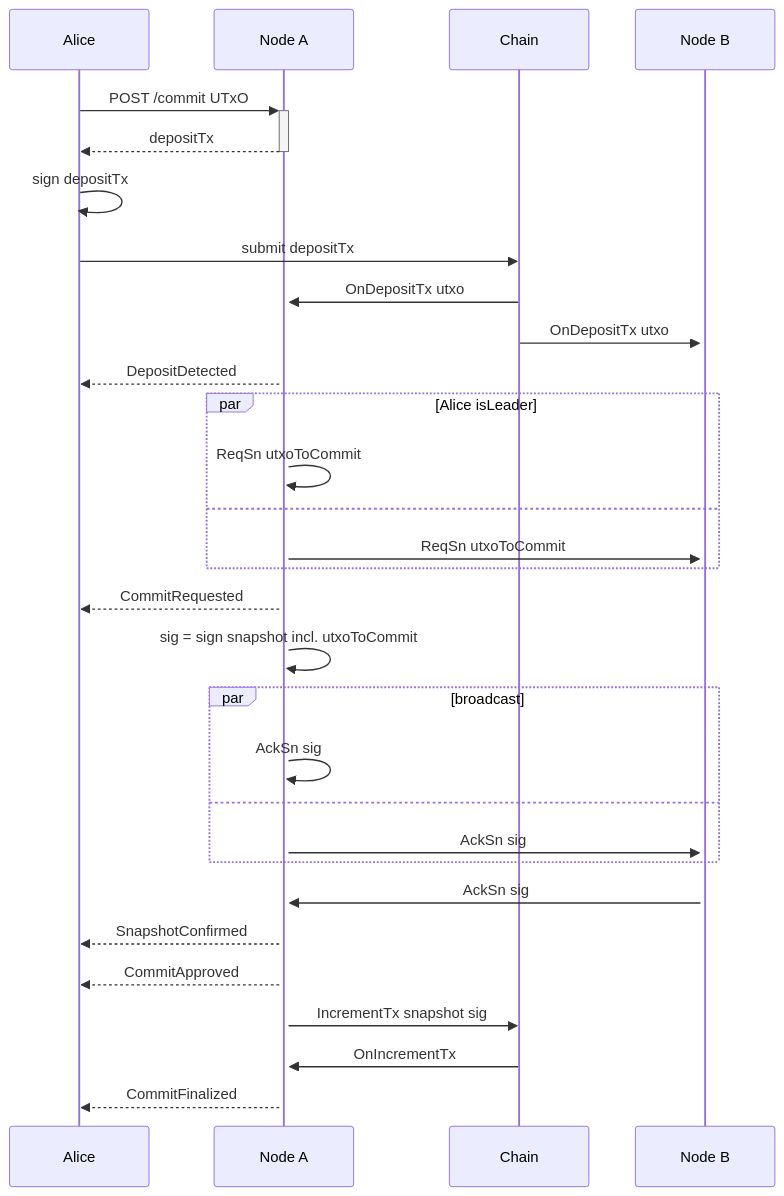
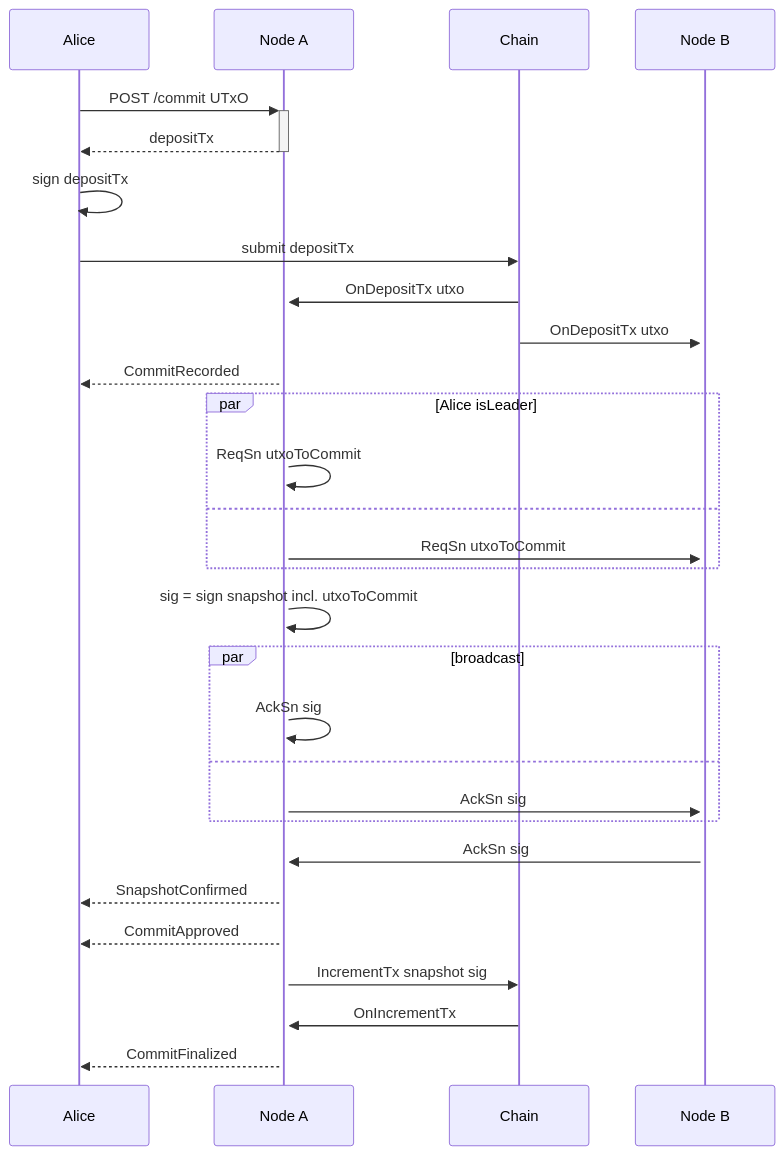
The first of 3 diagrams in docs/docs/dev/protocol.md (chrono-ranger742wc/hydra), drawn with Mermaid before and after one commit. The commit also changed other lines of this file, not shown here.

Commit message:
Make protocol.md true to implementation

````diff
--- a/docs/docs/dev/protocol.md
+++ b/docs/docs/dev/protocol.md
@@ -9,37 +9,35 @@
 ```mermaid
 sequenceDiagram
     Alice->>+Node A: POST /commit UTxO
     Node A-->>-Alice: depositTx
 
     Alice ->> Alice: sign depositTx
     Alice ->> Chain: submit depositTx
 
     Chain ->>+ Node A: OnDepositTx utxo
     Chain ->>+ Node B: OnDepositTx utxo
 
-    Node A -->> Alice: DepositDetected
+    Node A -->> Alice: CommitRecorded
 
     par Alice isLeader
         Node A->>Node A: ReqSn utxoToCommit
     and
         Node A->>Node B: ReqSn utxoToCommit
     end
-
-    Node A -->> Alice: CommitRequested
 
     Node A->>Node A: sig = sign snapshot incl. utxoToCommit
 
     par broadcast
         Node A->>Node A: AckSn sig
     and
         Node A->>Node B: AckSn sig
     end
     Node B->>Node A: AckSn sig
     Node A -->> Alice: SnapshotConfirmed
 
     Node A -->> Alice: CommitApproved
 
     Node A ->> Chain: IncrementTx snapshot sig
     Chain ->> Node A: OnIncrementTx
     Node A -->> Alice: CommitFinalized
 ```
````
